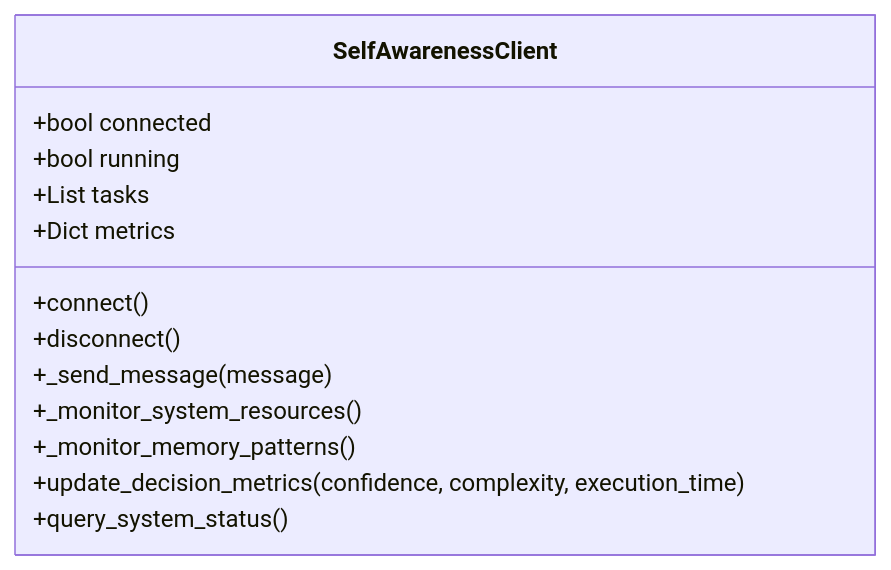
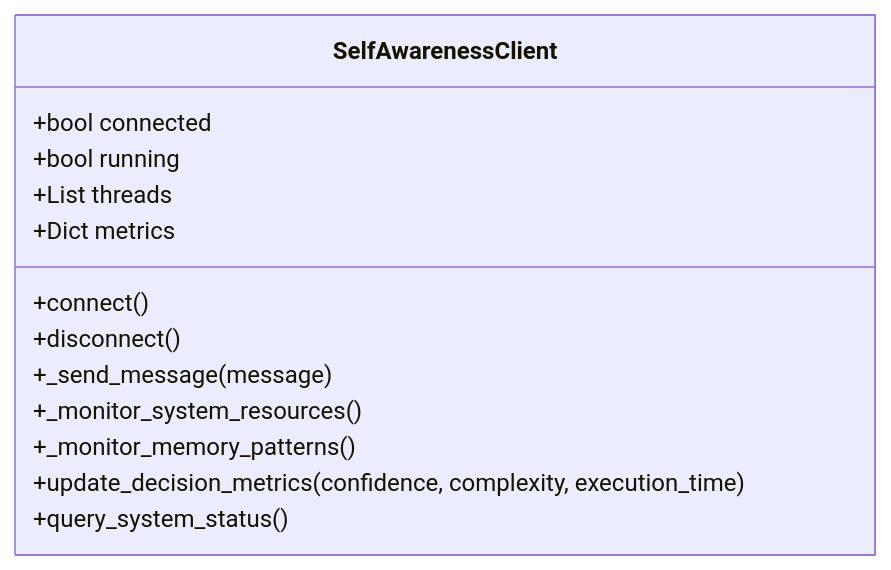
One commit to amuzetnoM/research changed the fourth of 4 diagrams in head_1/frameworks/self_awareness/README.md. Above: the diagram before and after it, drawn with Mermaid. The commit also changed other lines of this file and 26 other files, not shown here.

````diff
--- a/head_1/frameworks/self_awareness/README.md
+++ b/head_1/frameworks/self_awareness/README.md
@@ -230,16 +222,16 @@
 ```mermaid
 classDiagram
     class SelfAwarenessClient {
         +bool connected
         +bool running
-        +List tasks
+        +List threads
         +Dict metrics
         +connect()
         +disconnect()
         +_send_message(message)
         +_monitor_system_resources()
         +_monitor_memory_patterns()
         +update_decision_metrics(confidence, complexity, execution_time)
         +query_system_status()
     }
 ```
````
